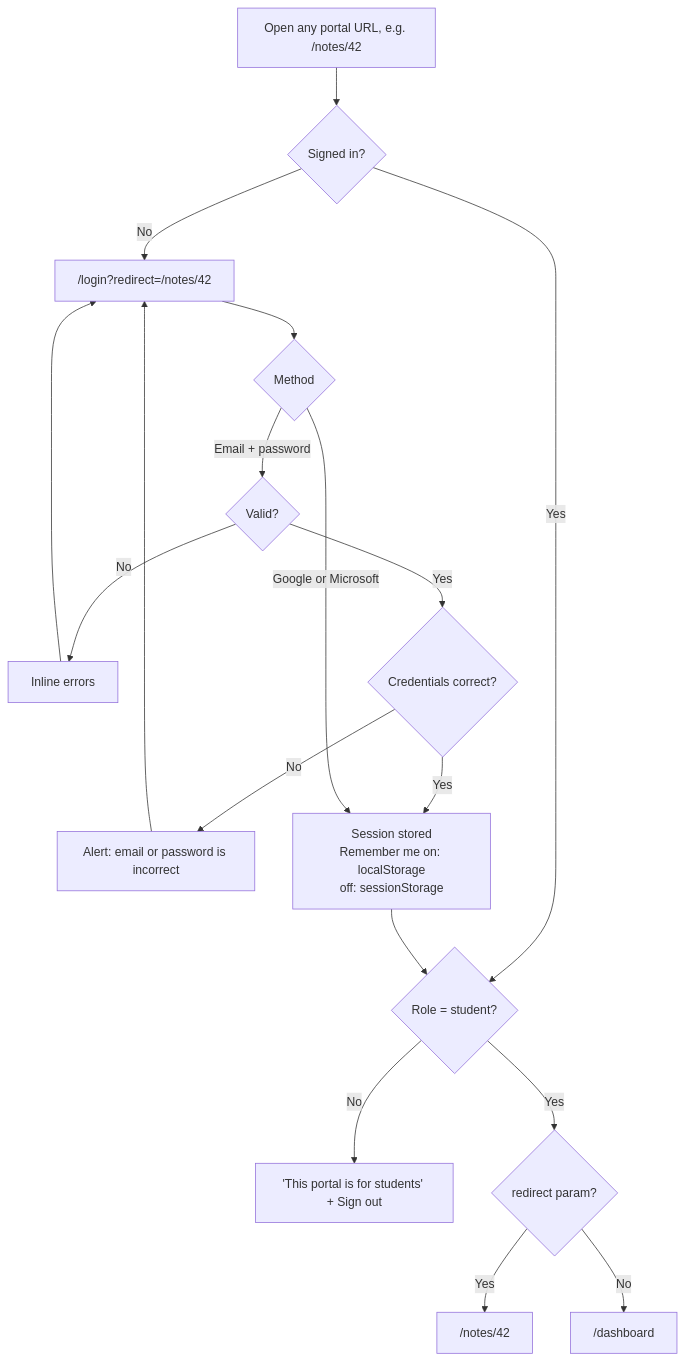
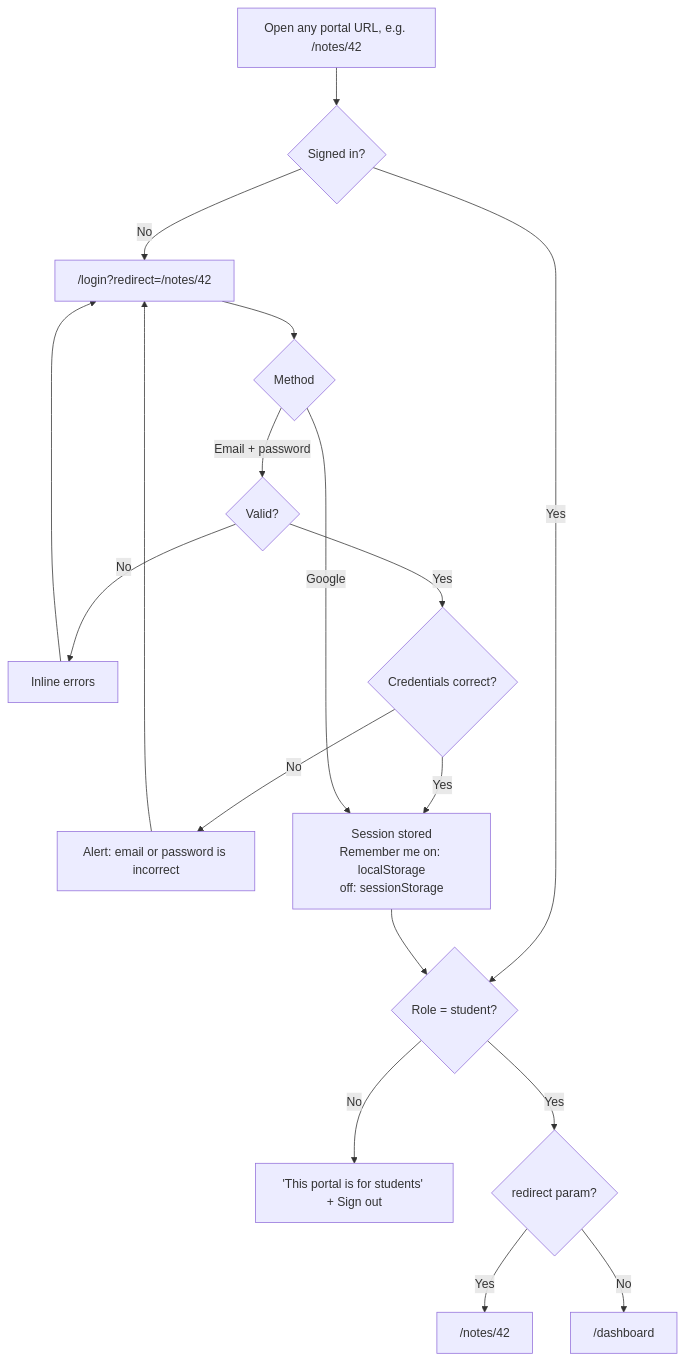
Before and after one commit to Ndukwopeace/CoNote: the third of 13 diagrams in docs/USER_FLOWS.md, drawn with Mermaid. The commit also changed other lines of this file and 10 other files, not shown here.

````diff
--- a/docs/USER_FLOWS.md
+++ b/docs/USER_FLOWS.md
@@ -167,18 +167,18 @@
 ```mermaid
 flowchart TD
   A["Open any portal URL, e.g. /notes/42"] --> B{"Signed in?"}
   B -- "Yes" --> R{"Role = student?"}
   B -- "No" --> C["/login?redirect=/notes/42"]
   C --> D{"Method"}
   D -- "Email + password" --> E{"Valid?"}
   E -- "No" --> F["Inline errors"] --> C
   E -- "Yes" --> G{"Credentials correct?"}
   G -- "No" --> H["Alert: email or password is incorrect"] --> C
   G -- "Yes" --> I["Session stored<br/>Remember me on: localStorage<br/>off: sessionStorage"]
-  D -- "Google or Microsoft" --> I
+  D -- "Google" --> I
   I --> R
   R -- "No" --> X["'This portal is for students' + Sign out"]
   R -- "Yes" --> Y{"redirect param?"}
   Y -- "Yes" --> Z["/notes/42"]
   Y -- "No" --> DASH["/dashboard"]
 ```
````
